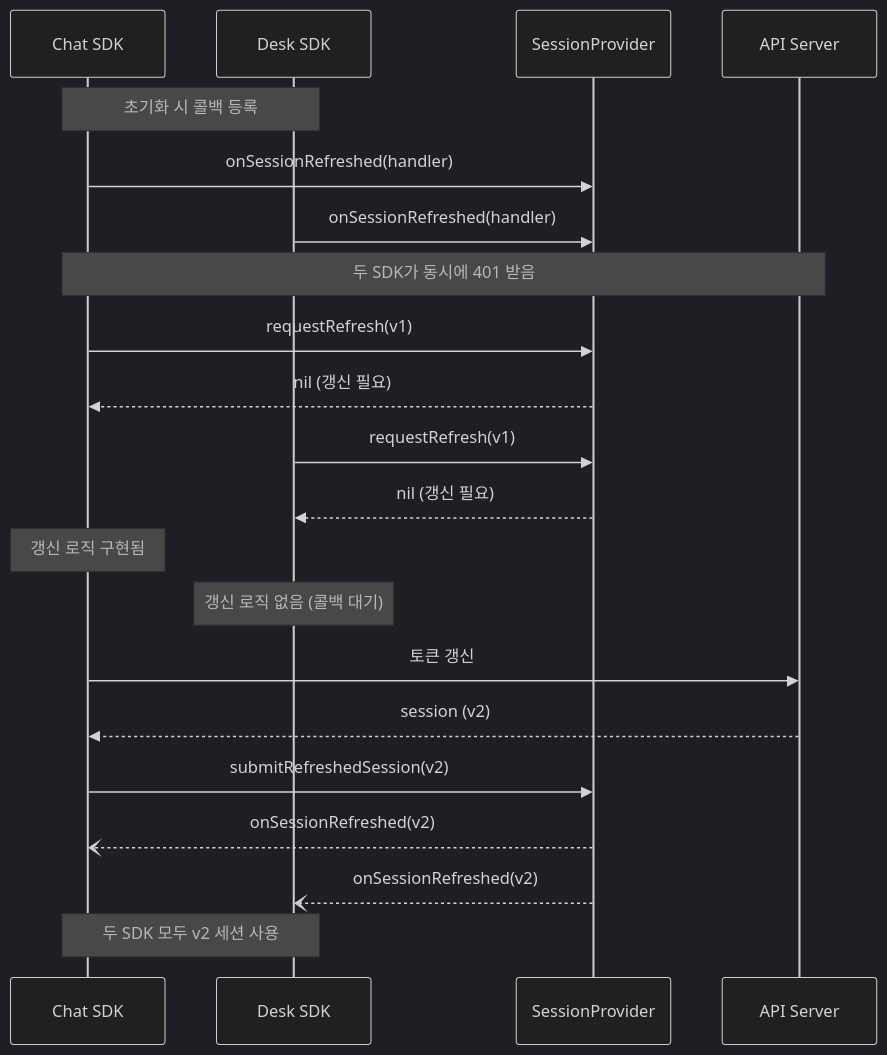
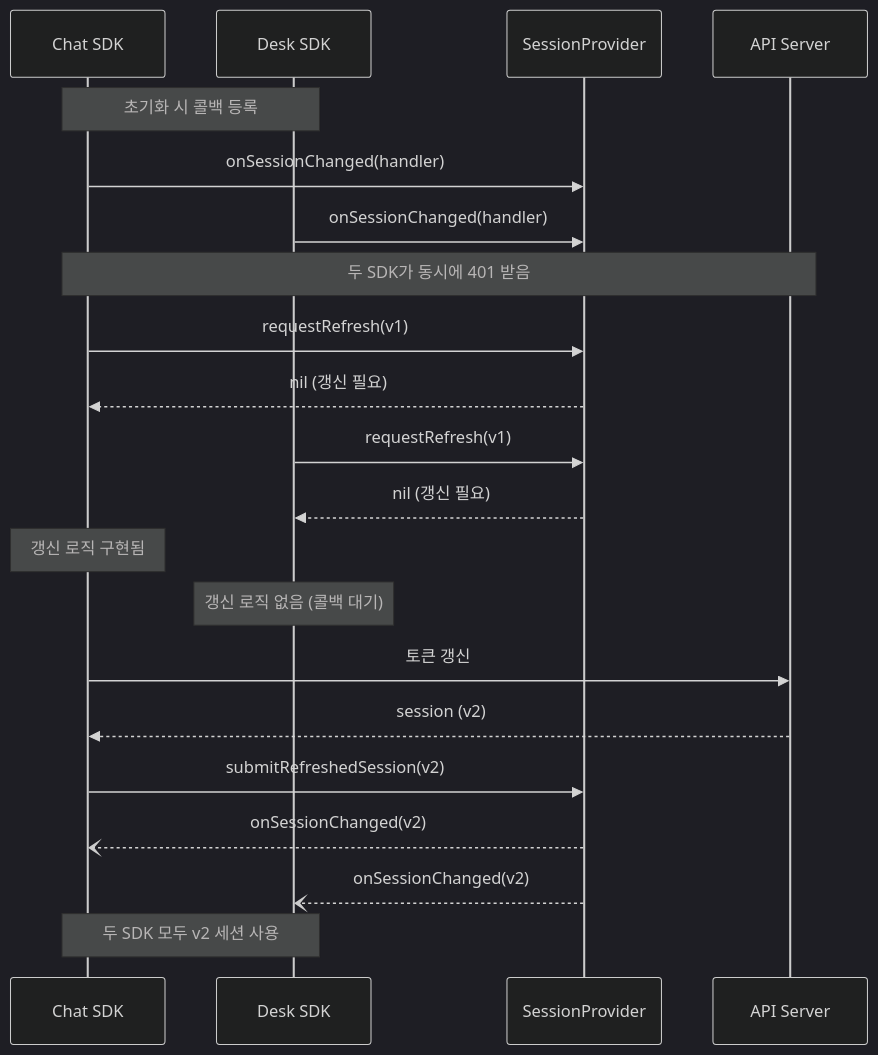
The first of 4 diagrams in documents/SessionProvider_specification.md (sendbird/sendbird-auth-ios), drawn with Mermaid (dark theme) before and after one commit. The commit also changed other lines of this file and 4 other files, not shown here.

````diff
--- a/documents/SessionProvider_specification.md
+++ b/documents/SessionProvider_specification.md
@@ -104,32 +91,32 @@
 ```mermaid
 sequenceDiagram
     participant Chat as Chat SDK
     participant Desk as Desk SDK
     participant Provider as SessionProvider
     participant API as API Server
 
     Note over Chat,Desk: 초기화 시 콜백 등록
-    Chat->>Provider: onSessionRefreshed(handler)
-    Desk->>Provider: onSessionRefreshed(handler)
+    Chat->>Provider: onSessionChanged(handler)
+    Desk->>Provider: onSessionChanged(handler)
 
     Note over Chat,API: 두 SDK가 동시에 401 받음
 
     Chat->>Provider: requestRefresh(v1)
     Provider-->>Chat: nil (갱신 필요)
 
     Desk->>Provider: requestRefresh(v1)
     Provider-->>Desk: nil (갱신 필요)
 
     Note over Chat: 갱신 로직 구현됨
     Note over Desk: 갱신 로직 없음 (콜백 대기)
 
     Chat->>API: 토큰 갱신
     API-->>Chat: session (v2)
 
     Chat->>Provider: submitRefreshedSession(v2)
 
-    Provider--)Chat: onSessionRefreshed(v2)
-    Provider--)Desk: onSessionRefreshed(v2)
+    Provider--)Chat: onSessionChanged(v2)
+    Provider--)Desk: onSessionChanged(v2)
 
     Note over Chat,Desk: 두 SDK 모두 v2 세션 사용
 ```
````
